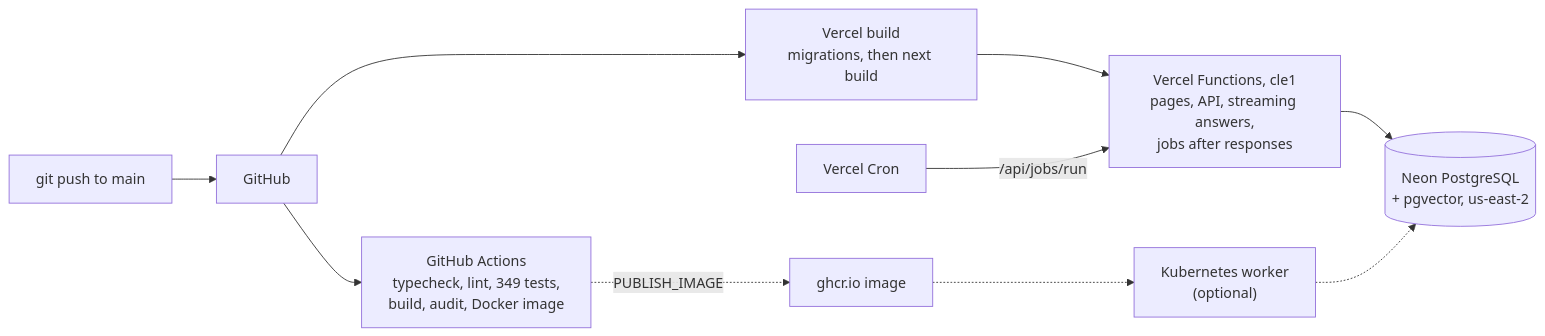
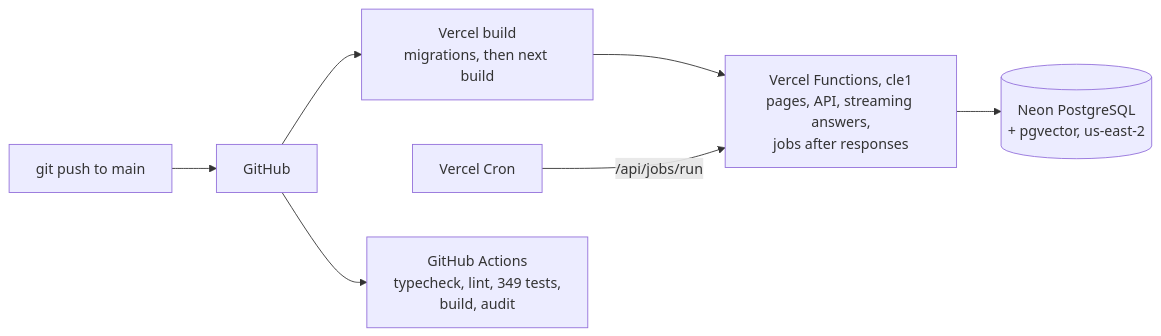
One commit to ankityadav1asia/Corpus changed the tenth of 10 diagrams in README.md. Above: the diagram before and after it, drawn with Mermaid. The commit also changed other lines of this file and 14 other files, not shown here.

First line of the commit message:
Deploy on Vercel only: drop the Kubernetes manifests and image publishing

````diff
--- a/README.md
+++ b/README.md
@@ -275,12 +275,9 @@
 ```mermaid
 flowchart LR
   PUSH["git push to main"] --> GH["GitHub"]
   GH --> VB["Vercel build<br/>migrations, then next build"]
   VB --> VF["Vercel Functions, cle1<br/>pages, API, streaming answers,<br/>jobs after responses"]
   CRON["Vercel Cron"] -->|"/api/jobs/run"| VF
-  GH --> CI["GitHub Actions<br/>typecheck, lint, 349 tests,<br/>build, audit, Docker image"]
-  CI -.->|"PUBLISH_IMAGE"| IMG["ghcr.io image"]
-  IMG -.-> K8S["Kubernetes worker<br/>(optional)"]
+  GH --> CI["GitHub Actions<br/>typecheck, lint, 349 tests,<br/>build, audit"]
   VF --> NEON[("Neon PostgreSQL<br/>+ pgvector, us-east-2")]
-  K8S -.-> NEON
 ```
````
